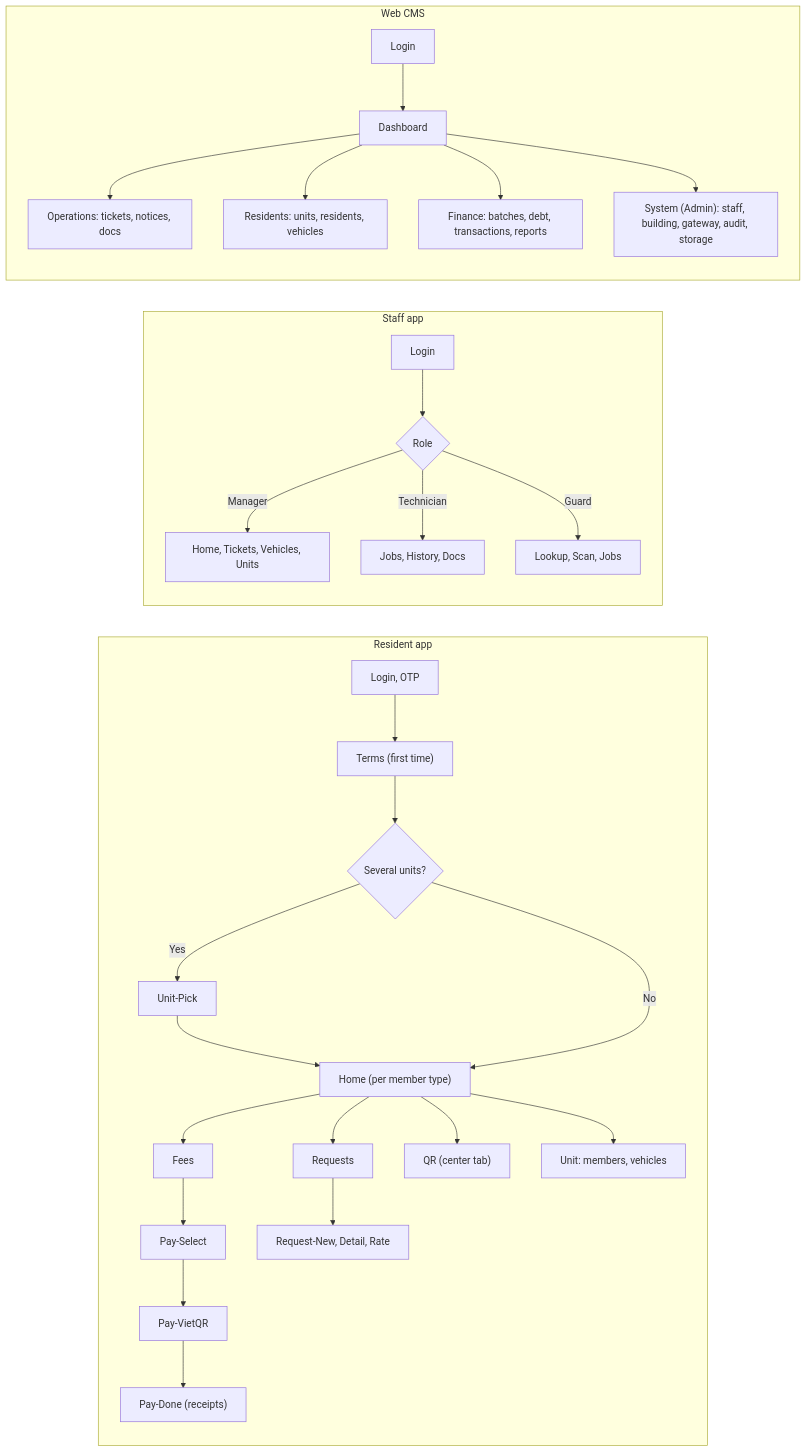
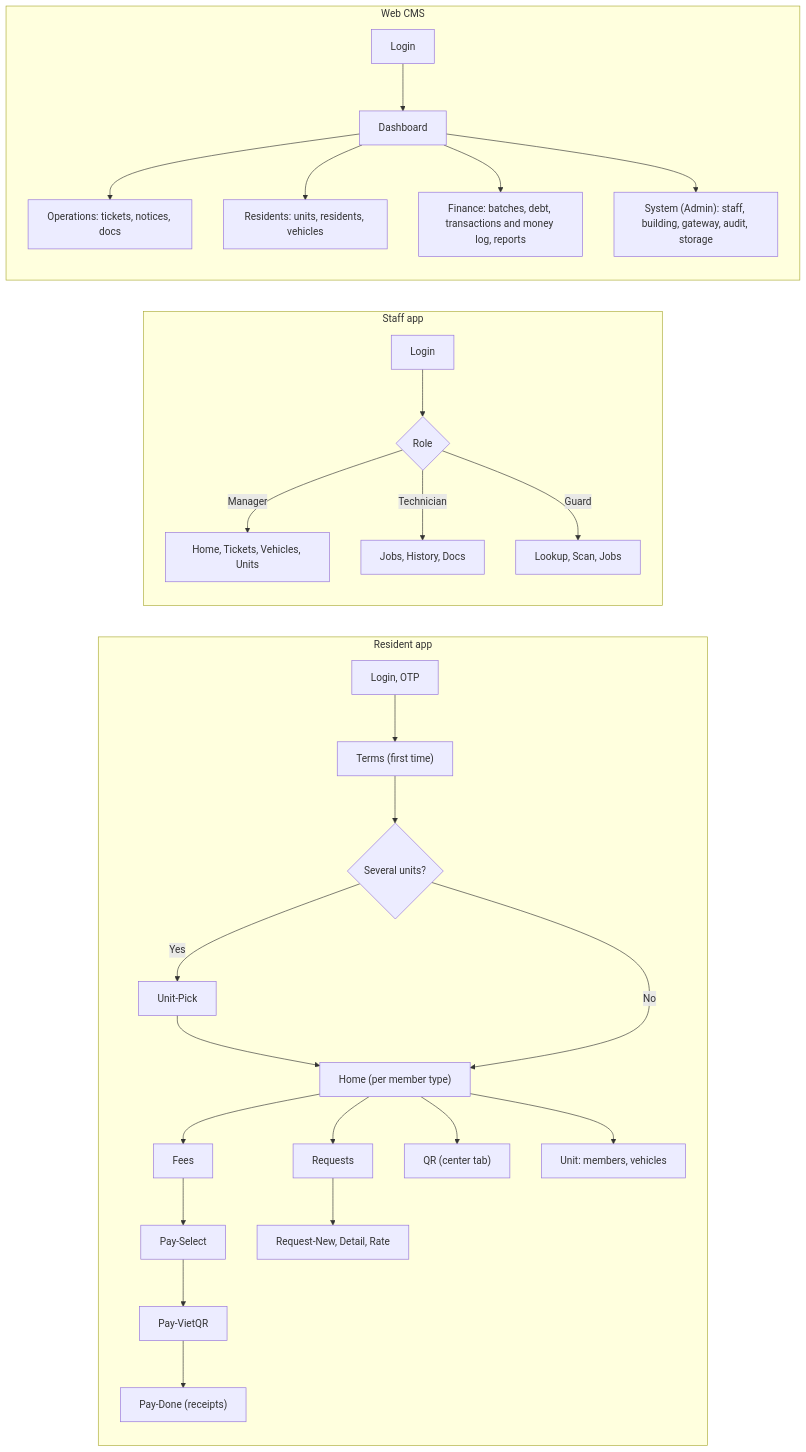
One commit to ninggiangboy/residential-management-system changed diagram 13 of 15 in residential-management-sdd.md. Above: the diagram before and after it, drawn with Mermaid. The commit also changed other lines of this file, not shown here.

````diff
--- a/residential-management-sdd.md
+++ b/residential-management-sdd.md
@@ -1635,25 +1748,25 @@
 ```mermaid
 flowchart LR
   subgraph Resident["Resident app"]
     RL["Login, OTP"] --> RT["Terms (first time)"] --> RU{"Several units?"}
     RU -- "Yes" --> RP["Unit-Pick"] --> RH["Home (per member type)"]
     RU -- "No" --> RH
     RH --> RF["Fees"] --> RS["Pay-Select"] --> RQ["Pay-VietQR"] --> RD["Pay-Done (receipts)"]
     RH --> RR["Requests"] --> RN["Request-New, Detail, Rate"]
     RH --> RC["QR (center tab)"]
     RH --> RA["Unit: members, vehicles"]
   end
   subgraph Staff["Staff app"]
     SL["Login"] --> SR{"Role"}
     SR -- "Manager" --> SB["Home, Tickets, Vehicles, Units"]
     SR -- "Technician" --> SK["Jobs, History, Docs"]
     SR -- "Guard" --> SG["Lookup, Scan, Jobs"]
   end
   subgraph Web["Web CMS"]
     WL["Login"] --> WD["Dashboard"]
     WD --> WO["Operations: tickets, notices, docs"]
     WD --> WR["Residents: units, residents, vehicles"]
-    WD --> WF["Finance: batches, debt, transactions, reports"]
+    WD --> WF["Finance: batches, debt, transactions and money log, reports"]
     WD --> WS["System (Admin): staff, building, gateway, audit, storage"]
   end
 ```
````
